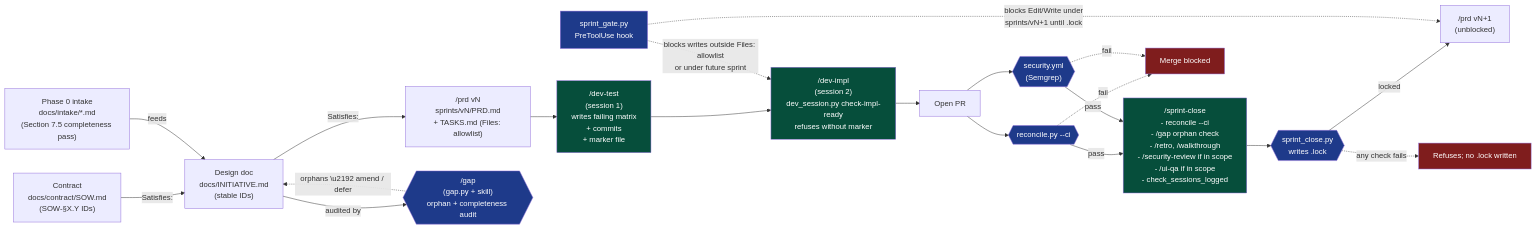
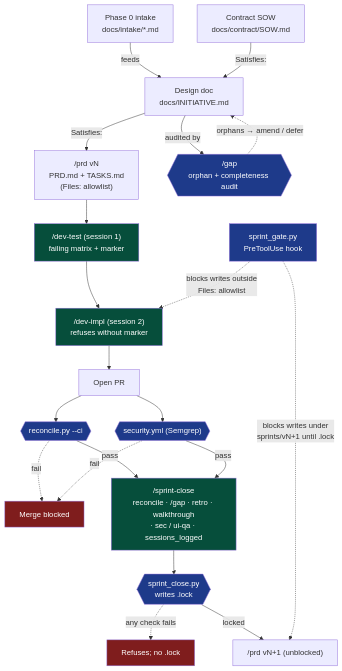
The diagram in README.md (colaberry/ai-assisted-development-method), drawn with Mermaid before and after one commit. The commit also changed other lines of this file, not shown here.

Commit message:
docs(README): make enforcement-pipeline diagram readable (#47)
The previous flowchart LR layout packed 12+ multi-line nodes onto a
single horizontal row, forcing GitHub's mermaid renderer to scale the
whole thing down to fit the viewport. Result: text inside the boxes was
sub-readable on a normal screen.

Two changes restore readability without losing information:

1. Switched LR -> TD. The pipeline now flows top-down, so each row uses
   the full viewport width instead of competing with everything else
   for it. Same nodes, same edges, same color coding.

2. Trimmed verbose multi-line labels. The /sprint-close box that used
   to enumerate seven dashed items inline now reads
   "reconcile - /gap - retro - walkthrough - sec/ui-qa - sessions_logged"
   on two lines. The Test/Impl boxes drop the inline parenthetical
   filenames; the descriptive detail moves into the prose just below
   the diagram.

Adds one prose sentence after the legend that names what the intake's
Section 7.5 pass and the design doc's stable IDs are doing as
traceability anchors -- so the detail trimmed from the boxes is still
captured.

````diff
--- a/README.md
+++ b/README.md
@@ -49,44 +49,48 @@
 ```mermaid
-flowchart LR
-    SOW["Contract<br/>docs/contract/SOW.md<br/>(SOW-§X.Y IDs)"] -->|"Satisfies:"| Design
-    Intake["Phase 0 intake<br/>docs/intake/*.md<br/>(Section 7.5 completeness pass)"] -->|"feeds"| Design
+flowchart TD
+    Intake["Phase 0 intake<br/>docs/intake/*.md"]
+    SOW["Contract SOW<br/>docs/contract/SOW.md"]
+    Design["Design doc<br/>docs/INITIATIVE.md"]
 
-    Design["Design doc<br/>docs/INITIATIVE.md<br/>(stable IDs)"] -->|"Satisfies:"| PRD
-    Design -->|"audited by"| Gap
+    Intake -->|feeds| Design
+    SOW -->|Satisfies:| Design
 
-    Gap{{"/gap<br/>(gap.py + skill)<br/>orphan + completeness audit"}}
-    Gap -.->|"orphans \u2192 amend / defer"| Design
+    Design -->|Satisfies:| PRD
+    Design -->|audited by| Gap
+    Gap{{"/gap<br/>orphan + completeness audit"}}
+    Gap -.->|orphans → amend / defer| Design
 
-    PRD["/prd vN<br/>sprints/vN/PRD.md<br/>+ TASKS.md (Files: allowlist)"]
-    PRD --> Test["/dev-test<br/>(session 1)<br/>writes failing matrix<br/>+ commits<br/>+ marker file"]
-    Test --> Impl["/dev-impl<br/>(session 2)<br/>dev_session.py check-impl-ready<br/>refuses without marker"]
+    PRD["/prd vN<br/>PRD.md + TASKS.md<br/>(Files: allowlist)"]
+    Test["/dev-test (session 1)<br/>failing matrix + marker"]
+    Impl["/dev-impl (session 2)<br/>refuses without marker"]
+    Hook["sprint_gate.py<br/>PreToolUse hook"]
+
+    PRD --> Test
+    Test --> Impl
+    Hook -.->|blocks writes outside<br/>Files: allowlist| Impl
 
     Impl --> PR["Open PR"]
+    PR --> GR{{"reconcile.py --ci"}}
+    PR --> GS{{"security.yml (Semgrep)"}}
+    GR -.->|fail| Block["Merge blocked"]
+    GS -.->|fail| Block
+    GR -->|pass| Close
+    GS -->|pass| Close
 
-    Hook["sprint_gate.py<br/>PreToolUse hook"] -.->|"blocks writes outside Files: allowlist<br/>or under future sprint"| Impl
-
-    PR --> GR{{"reconcile.py --ci"}}
-    PR --> GS{{"security.yml<br/>(Semgrep)"}}
-    GR -->|"pass"| Close
-    GS -->|"pass"| Close
-    GR -.->|"fail"| Block["Merge blocked"]
-    GS -.->|"fail"| Block
-
-    Close["/sprint-close<br/>- reconcile --ci<br/>- /gap orphan check<br/>- /retro, /walkthrough<br/>- /security-review if in scope<br/>- /ui-qa if in scope<br/>- check_sessions_logged"]
+    Close["/sprint-close<br/>reconcile · /gap · retro · walkthrough<br/>· sec / ui-qa · sessions_logged"]
     Close --> Lock{{"sprint_close.py<br/>writes .lock"}}
-    Lock -->|"locked"| NextPRD["/prd vN+1<br/>(unblocked)"]
-    Lock -.->|"any check fails"| Refuse["Refuses; no .lock written"]
-
-    Hook -.->|"blocks Edit/Write under<br/>sprints/vN+1 until .lock"| NextPRD
+    Lock -.->|any check fails| Refuse["Refuses; no .lock"]
+    Lock -->|locked| NextPRD["/prd vN+1 (unblocked)"]
+    Hook -.->|blocks writes under<br/>sprints/vN+1 until .lock| NextPRD
 
     style GR fill:#1e3a8a,color:#fff
     style GS fill:#1e3a8a,color:#fff
     style Lock fill:#1e3a8a,color:#fff
     style Gap fill:#1e3a8a,color:#fff
     style Hook fill:#1e3a8a,color:#fff
     style Block fill:#7f1d1d,color:#fff
     style Refuse fill:#7f1d1d,color:#fff
     style Close fill:#064e3b,color:#fff
     style Test fill:#064e3b,color:#fff
     style Impl fill:#064e3b,color:#fff
 ```
````
